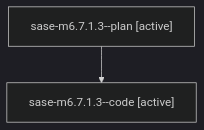
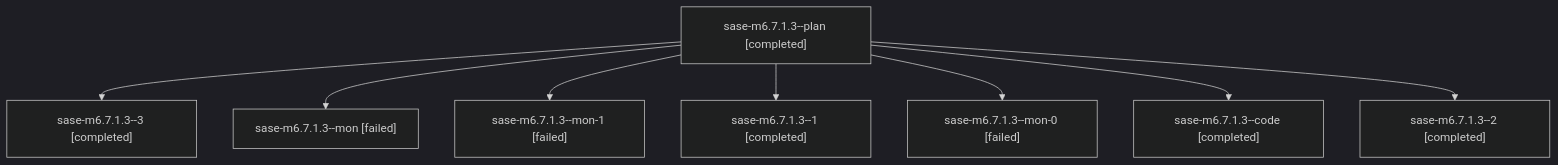
One commit to sase-org/sase--agents changed the diagram in families/bbugyi200.athena.sase-m6.7.1.3.md. Above: the diagram before and after it, drawn with Mermaid (dark theme). The commit also changed other lines of this file and 133 other files, not shown here.

````diff
--- a/families/bbugyi200.athena.sase-m6.7.1.3.md
+++ b/families/bbugyi200.athena.sase-m6.7.1.3.md
@@ -9,6 +9,18 @@
 ```mermaid
 flowchart TD
-  n0["sase-m6.7.1.3--plan [active]"]
-  n1["sase-m6.7.1.3--code [active]"]
+  n0["sase-m6.7.1.3--plan [completed]"]
+  n1["sase-m6.7.1.3--3 [completed]"]
   n0 --> n1
+  n2["sase-m6.7.1.3--mon [failed]"]
+  n0 --> n2
+  n3["sase-m6.7.1.3--mon-1 [failed]"]
+  n0 --> n3
+  n4["sase-m6.7.1.3--1 [completed]"]
+  n0 --> n4
+  n5["sase-m6.7.1.3--mon-0 [failed]"]
+  n0 --> n5
+  n6["sase-m6.7.1.3--code [completed]"]
+  n0 --> n6
+  n7["sase-m6.7.1.3--2 [completed]"]
+  n0 --> n7
 ```
````
